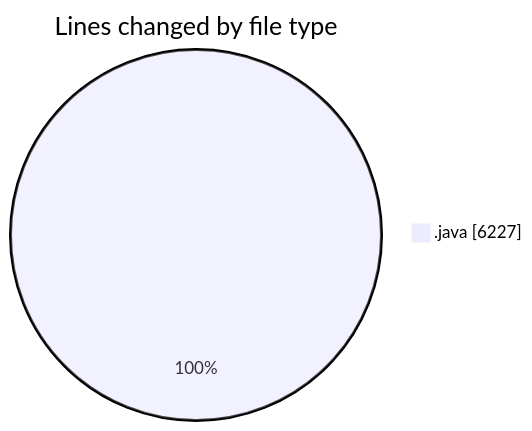
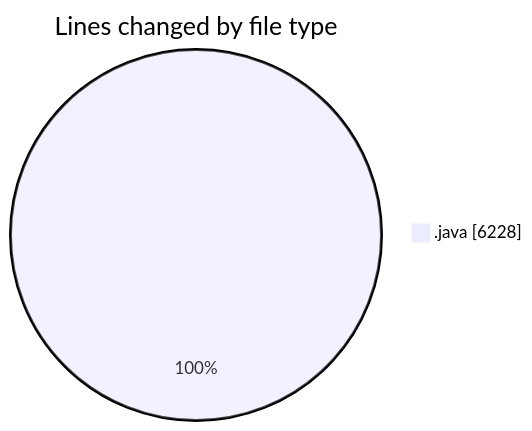
The first of 2 diagrams in 2026-04-09/cilapp/README.md (ricardozamudiocil/code-tracking), drawn with Mermaid before and after one commit. The commit also changed other lines of this file and 1 other file, not shown here.

````diff
--- a/2026-04-09/cilapp/README.md
+++ b/2026-04-09/cilapp/README.md
@@ -27,5 +27,5 @@
 ```mermaid
 pie showData
 title Lines changed by file type
-".java" : 6227
+".java" : 6228
 ```
````
